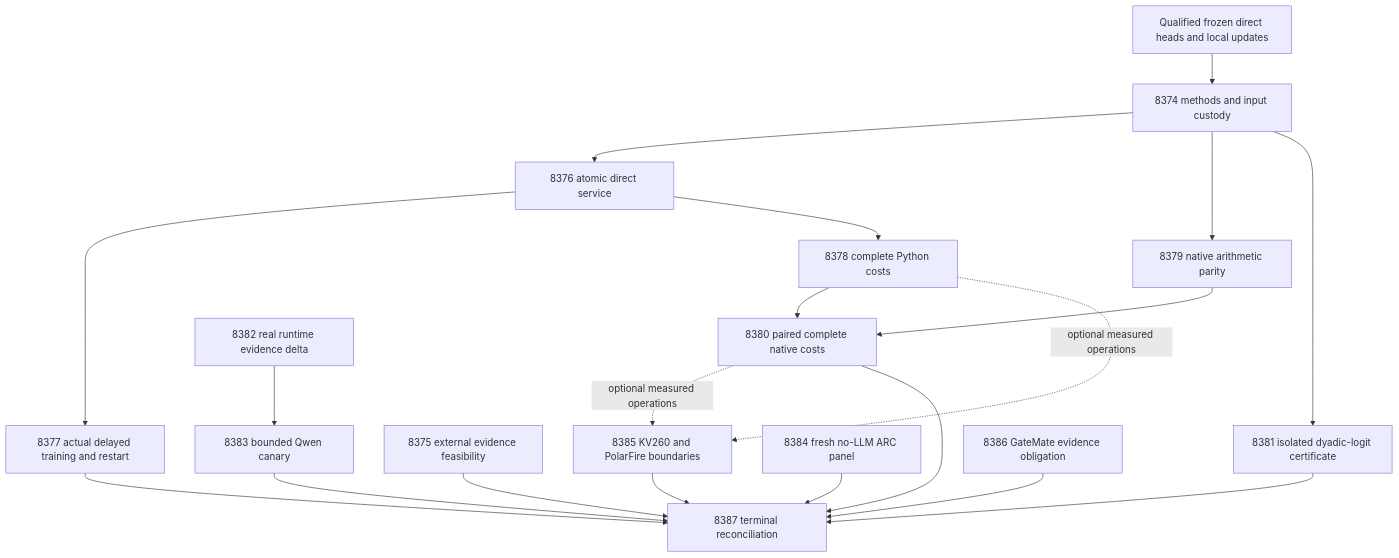
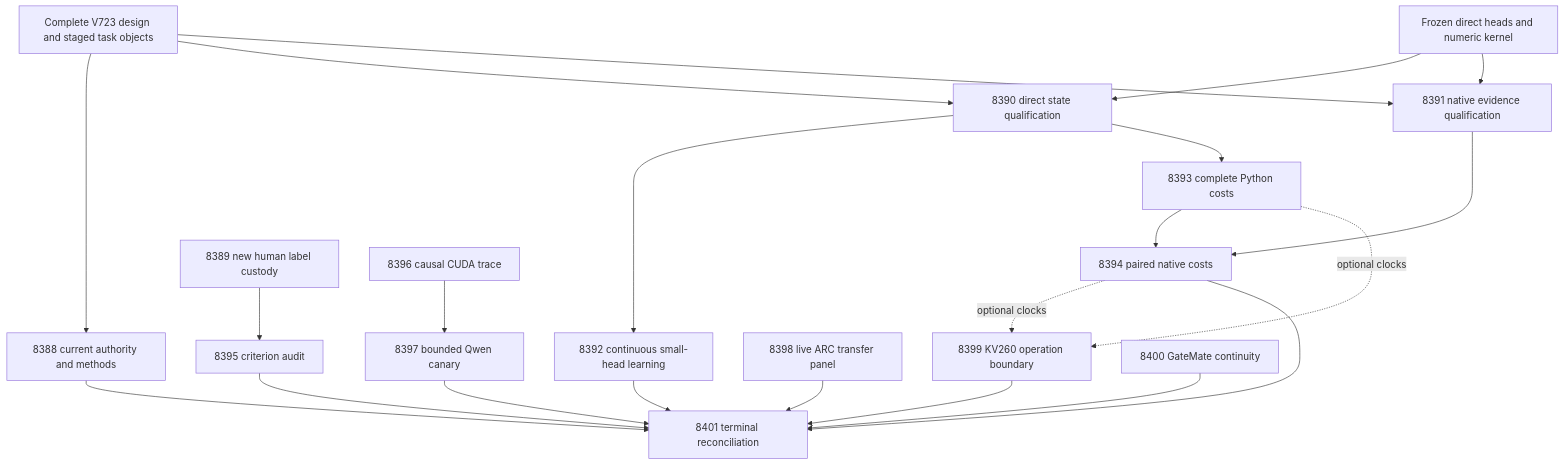
One commit to Carnot-EBM/carnot-ebm changed the diagram in openspec/change-proposals/research-roadmap-vNEXT.md. Above: the diagram before and after it, drawn with Mermaid. The commit also changed other lines of this file and 14 other files, not shown here.

````diff
--- a/openspec/change-proposals/research-roadmap-vNEXT.md
+++ b/openspec/change-proposals/research-roadmap-vNEXT.md
@@ -91,22 +86,24 @@
 ```mermaid
 flowchart TD
-  A[Qualified frozen direct heads and local updates] --> B[8374 methods and input custody]
-  B --> C[8376 atomic direct service]
-  C --> D[8377 actual delayed training and restart]
-  C --> E[8378 complete Python costs]
-  B --> F[8379 native arithmetic parity]
-  E --> G[8380 paired complete native costs]
+  A[Complete V723 design and staged task objects] --> B[8388 current authority and methods]
+  A --> C[8390 direct state qualification]
+  A --> D[8391 native evidence qualification]
+  H[Frozen direct heads and numeric kernel] --> C
+  H --> D
+  C --> E[8392 continuous small-head learning]
+  C --> F[8393 complete Python costs]
+  D --> G[8394 paired native costs]
   F --> G
-  B --> H[8381 isolated dyadic-logit certificate]
-  I[8375 external evidence feasibility] --> Z[8387 terminal reconciliation]
-  J[8382 real runtime evidence delta] --> K[8383 bounded Qwen canary]
-  L[8384 fresh no-LLM ARC panel] --> Z
-  E -. optional measured operations .-> M[8385 KV260 and PolarFire boundaries]
-  G -. optional measured operations .-> M
-  N[8386 GateMate evidence obligation] --> Z
-  D --> Z
+  I[8389 new human label custody] --> J[8395 criterion audit]
+  K[8396 causal CUDA trace] --> L[8397 bounded Qwen canary]
+  M[8398 live ARC transfer panel] --> Z[8401 terminal reconciliation]
+  G -. optional clocks .-> N[8399 KV260 operation boundary]
+  F -. optional clocks .-> N
+  O[8400 GateMate continuity] --> Z
+  B --> Z
+  E --> Z
   G --> Z
-  H --> Z
-  K --> Z
-  M --> Z
+  J --> Z
+  L --> Z
+  N --> Z
 ```
````
